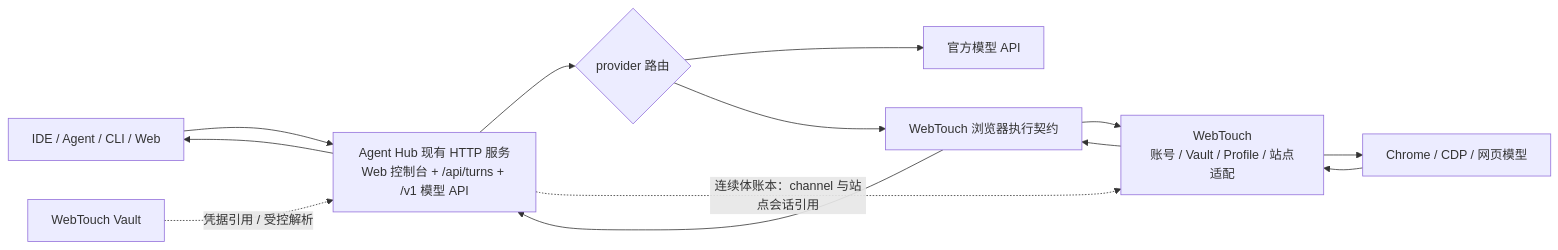
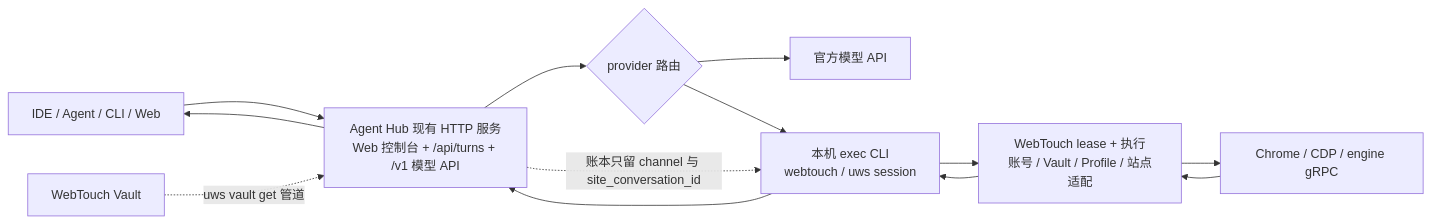
One commit to guileen/webtouch changed the diagram in docs/2026-10-03-agenthub-model-gateway-webtouch-boundary.md. Above: the diagram before and after it, drawn with Mermaid. The commit also changed other lines of this file and 24 other files, not shown here.

First line of the commit message:
feat: expose session lifecycle through the CLI (#1)

````diff
--- a/docs/2026-10-03-agenthub-model-gateway-webtouch-boundary.md
+++ b/docs/2026-10-03-agenthub-model-gateway-webtouch-boundary.md
@@ -22,12 +23,12 @@
 ```mermaid
 flowchart LR
     C["IDE / Agent / CLI / Web"] --> H["Agent Hub 现有 HTTP 服务<br/>Web 控制台 + /api/turns + /v1 模型 API"]
     H --> R{"provider 路由"}
     R --> D["官方模型 API"]
-    R --> WAPI["WebTouch 浏览器执行契约"]
-    WAPI --> WT["WebTouch<br/>账号 / Vault / Profile / 站点适配"]
-    WT --> B["Chrome / CDP / 网页模型"]
-    B --> WT --> WAPI --> H --> C
-    V["WebTouch Vault"] -."凭据引用 / 受控解析".-> H
-    H -."连续体账本：channel 与站点会话引用".-> WT
+    R --> CLI["本机 exec CLI<br/>webtouch / uws session"]
+    CLI --> WT["WebTouch lease + 执行<br/>账号 / Vault / Profile / 站点适配"]
+    WT --> B["Chrome / CDP / engine gRPC"]
+    B --> WT --> CLI --> H --> C
+    V["WebTouch Vault"] -."uws vault get 管道".-> H
+    H -."账本只留 channel 与 site_conversation_id".-> CLI
 ```
````
